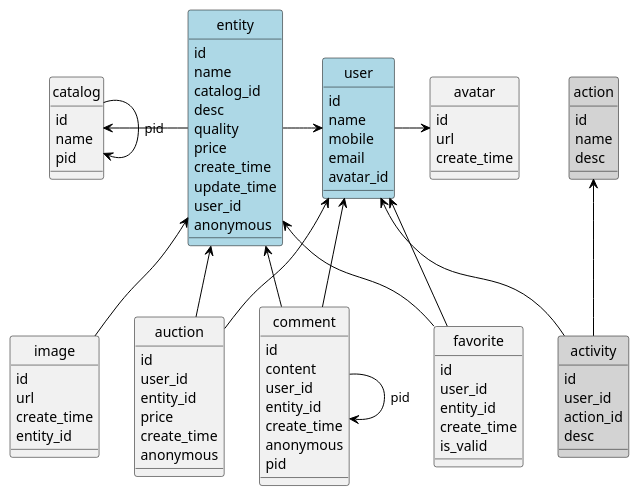
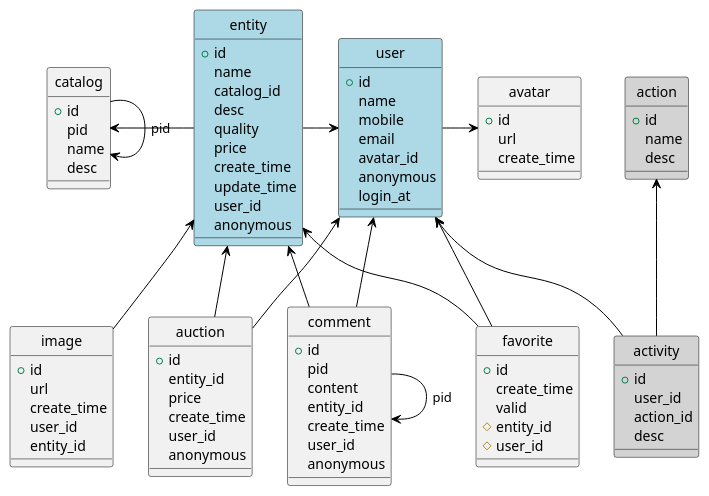
One commit to neo-nie/flea-market changed the diagram in private/db/flea-model.puml. Above: the diagram before and after it, drawn with PlantUML. The commit also changed 9 other files, not shown here.

```diff
--- a/private/db/flea-model.puml
+++ b/private/db/flea-model.puml
@@ -1,110 +1,114 @@
 @startuml
 
 'skinparam monochrome true
 'skinparam classBackgroundColor White
 skinparam classArrowColor Black
 skinparam classBorderColor Black
 skinparam stereotypeCBackgroundColor Gray
 'hide members
 hide circle
 
 class user #LightBlue {
-    id
-    name
-    mobile
-    email
-    avatar_id
+    +id      
+    name       
+    mobile      
+    email        
+    avatar_id   
+    anonymous   
+    login_at    
 }
 
 class avatar {
-    id
+    +id
     url
     create_time
 }
 
 class catalog {
-    id
+    +id
+    pid
     name
-    pid
+    desc
 }
 
 class entity #LightBlue {
-    id
+    +id
     name
     catalog_id
     desc
     quality
     price
     create_time
     update_time
     user_id
     anonymous
 }
 
 class favorite {
-    id
-    user_id
-    entity_id
+    +id
     create_time
-    is_valid
+    valid
+    #entity_id
+    #user_id
 }
 
 class comment {
-    id
+    +id
+    pid
     content
-    user_id
     entity_id
     create_time
+    user_id
     anonymous
-    pid
 }
 
 class auction {
-    id
-    user_id
+    +id
     entity_id
     price
     create_time
+    user_id
     anonymous
 }
 
 class image {
-    id
+    +id
     url
     create_time
+    user_id
     entity_id
 }
 
 class action #LightGray {
-    id
+    +id
     name
     desc
 }
 
 class activity #LightGray {
-    id
+    +id
     user_id
     action_id
     desc
 }
 
 user -r-> avatar
 entity -l-> catalog
 entity -r-> user
 catalog --> catalog : pid
 
 image -u-> entity
 favorite -u-> user
 favorite -u-> entity
 
 comment -u-> user
 comment -u-> entity
 comment --> comment : pid
 
 auction -u-> user
 auction -u-> entity
 
 activity -u-> action
 activity -u-> user
 
 @enduml
```
